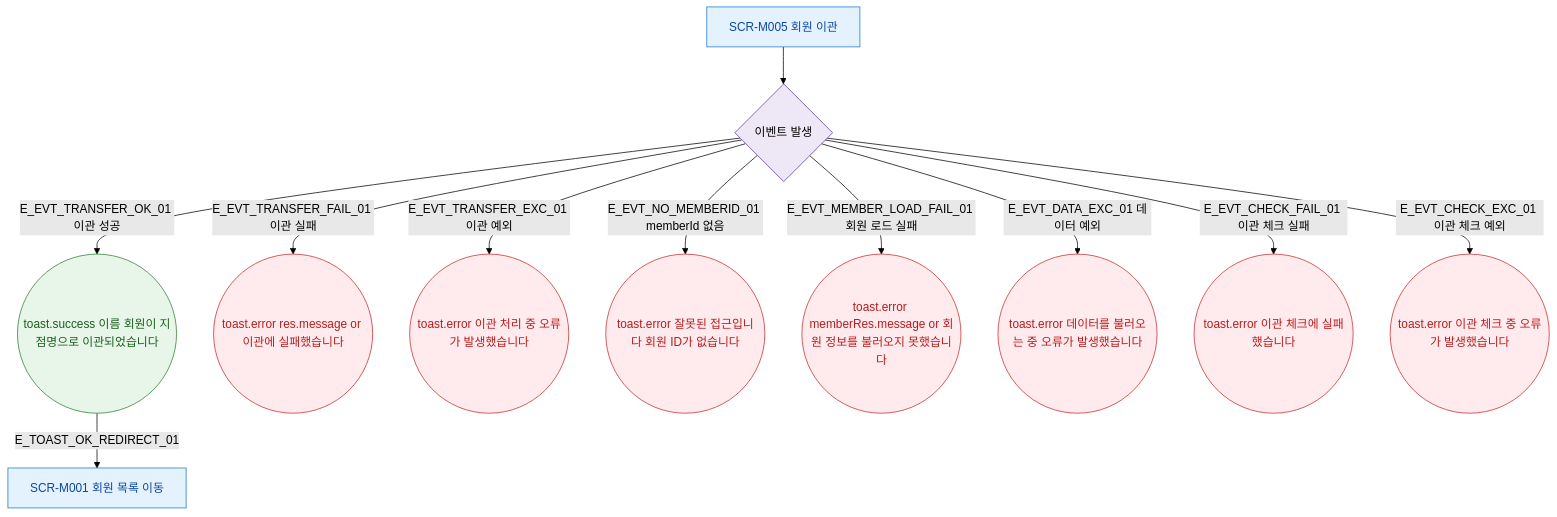
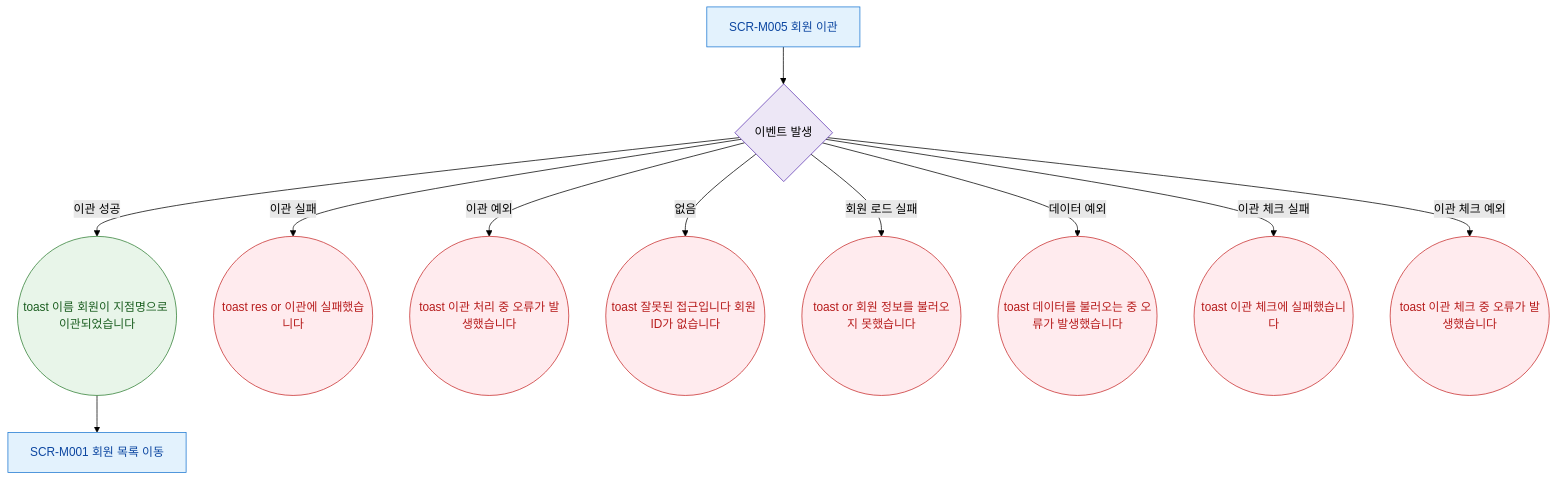
The diagram in docs/다이어그램/D02_회원관리/SCR-M005_회원이관/F9_토스트피드백.md (dev-spogym/admin-pando), drawn with Mermaid (forest theme) before and after one commit. The commit also changed other lines of this file and 1660 other files, not shown here.

First line of the commit message:
다이어그램: 기획자/클라이언트 납품본으로 정리

````diff
--- a/docs/다이어그램/D02_회원관리/SCR-M005_회원이관/F9_토스트피드백.md
+++ b/docs/다이어그램/D02_회원관리/SCR-M005_회원이관/F9_토스트피드백.md
@@ -22,27 +20,27 @@
 ```mermaid
 flowchart TD
   SCR_M005[SCR-M005 회원 이관]
 
   SCR_M005 --> EVENTS{이벤트 발생}
 
-  EVENTS -->|E_EVT_TRANSFER_OK_01 이관 성공| TOAST_SUCCESS((toast.success 이름 회원이 지점명으로 이관되었습니다))
-  EVENTS -->|E_EVT_TRANSFER_FAIL_01 이관 실패| TOAST_ERR_TRANSFER((toast.error res.message or 이관에 실패했습니다))
-  EVENTS -->|E_EVT_TRANSFER_EXC_01 이관 예외| TOAST_ERR_EXC((toast.error 이관 처리 중 오류가 발생했습니다))
-  EVENTS -->|E_EVT_NO_MEMBERID_01 memberId 없음| TOAST_ERR_ID((toast.error 잘못된 접근입니다 회원 ID가 없습니다))
-  EVENTS -->|E_EVT_MEMBER_LOAD_FAIL_01 회원 로드 실패| TOAST_ERR_MEMBER((toast.error memberRes.message or 회원 정보를 불러오지 못했습니다))
-  EVENTS -->|E_EVT_DATA_EXC_01 데이터 예외| TOAST_ERR_DATA((toast.error 데이터를 불러오는 중 오류가 발생했습니다))
-  EVENTS -->|E_EVT_CHECK_FAIL_01 이관 체크 실패| TOAST_ERR_CHECK((toast.error 이관 체크에 실패했습니다))
-  EVENTS -->|E_EVT_CHECK_EXC_01 이관 체크 예외| TOAST_ERR_CHECK_EXC((toast.error 이관 체크 중 오류가 발생했습니다))
+  EVENTS -->|이관 성공|TOAST_SUCCESS((toast 이름 회원이 지점명으로 이관되었습니다))
+  EVENTS -->|이관 실패|TOAST_ERR_TRANSFER((toast res or 이관에 실패했습니다))
+  EVENTS -->|이관 예외|TOAST_ERR_EXC((toast 이관 처리 중 오류가 발생했습니다))
+  EVENTS -->|없음|TOAST_ERR_ID((toast 잘못된 접근입니다 회원 ID가 없습니다))
+  EVENTS -->|회원 로드 실패|TOAST_ERR_MEMBER((toast or 회원 정보를 불러오지 못했습니다))
+  EVENTS -->|데이터 예외|TOAST_ERR_DATA((toast 데이터를 불러오는 중 오류가 발생했습니다))
+  EVENTS -->|이관 체크 실패|TOAST_ERR_CHECK((toast 이관 체크에 실패했습니다))
+  EVENTS -->|이관 체크 예외|TOAST_ERR_CHECK_EXC((toast 이관 체크 중 오류가 발생했습니다))
 
-  TOAST_SUCCESS -->|E_TOAST_OK_REDIRECT_01| SCR_M001[SCR-M001 회원 목록 이동]
+  TOAST_SUCCESS --> SCR_M001[SCR-M001 회원 목록 이동]
 
-  classDef screen  fill:#E3F2FD,stroke:#1976D2,color:#0D47A1
+  classDef screen fill:#E3F2FD,stroke:#1976D2,color:#0D47A1
   classDef success fill:#E8F5E9,stroke:#2E7D32,color:#1B5E20
-  classDef error   fill:#FFEBEE,stroke:#C62828,color:#B71C1C
-  classDef system  fill:#EDE7F6,stroke:#5E35B2
+  classDef error fill:#FFEBEE,stroke:#C62828,color:#B71C1C
+  classDef system fill:#EDE7F6,stroke:#5E35B2
 
   class SCR_M005,SCR_M001 screen
   class TOAST_SUCCESS success
   class TOAST_ERR_TRANSFER,TOAST_ERR_EXC,TOAST_ERR_ID,TOAST_ERR_MEMBER,TOAST_ERR_DATA,TOAST_ERR_CHECK,TOAST_ERR_CHECK_EXC error
   class EVENTS system
 ```
````
